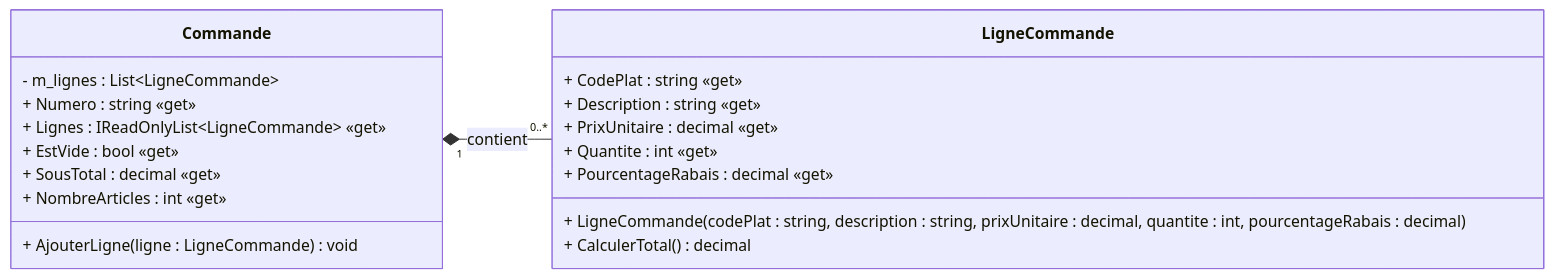
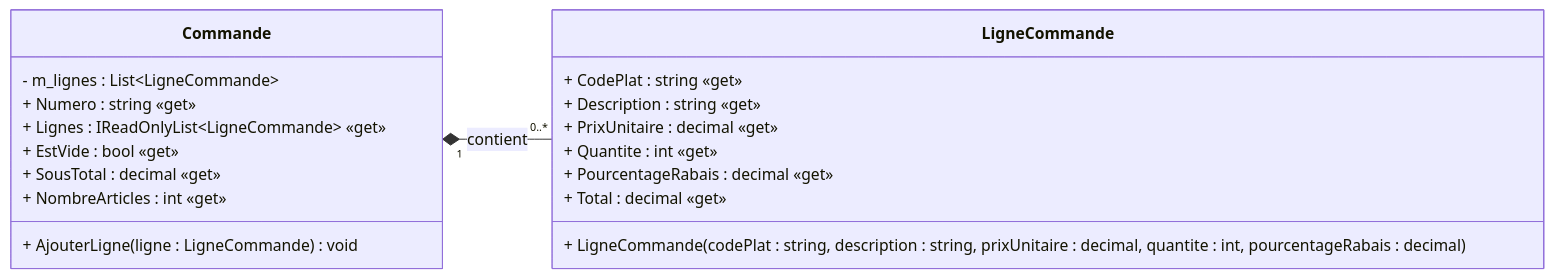
One commit to Max-O-67/420-W30-SF-v2 changed the diagram in semaine-02/E03-tests-sans-dependance.md. Above: the diagram before and after it, drawn with Mermaid. The commit also changed other lines of this file and 39 other files, not shown here.

````diff
--- a/semaine-02/E03-tests-sans-dependance.md
+++ b/semaine-02/E03-tests-sans-dependance.md
@@ -29,27 +29,27 @@
 ```mermaid
 classDiagram
     direction LR
 
     class LigneCommande {
         + LigneCommande(codePlat : string, description : string, prixUnitaire : decimal, quantite : int, pourcentageRabais : decimal)
         + CodePlat : string «get»
         + Description : string «get»
         + PrixUnitaire : decimal «get»
         + Quantite : int «get»
         + PourcentageRabais : decimal «get»
-        + CalculerTotal() decimal
+        + Total : decimal «get»
     }
 
     class Commande {
         - m_lignes : List~LigneCommande~
         + Numero : string «get»
         + Lignes : IReadOnlyList~LigneCommande~ «get»
         + EstVide : bool «get»
         + SousTotal : decimal «get»
         + NombreArticles : int «get»
         
         + AjouterLigne(ligne : LigneCommande) void
     }
 
     Commande "1" *-- "0..*" LigneCommande : contient
 ```
````
